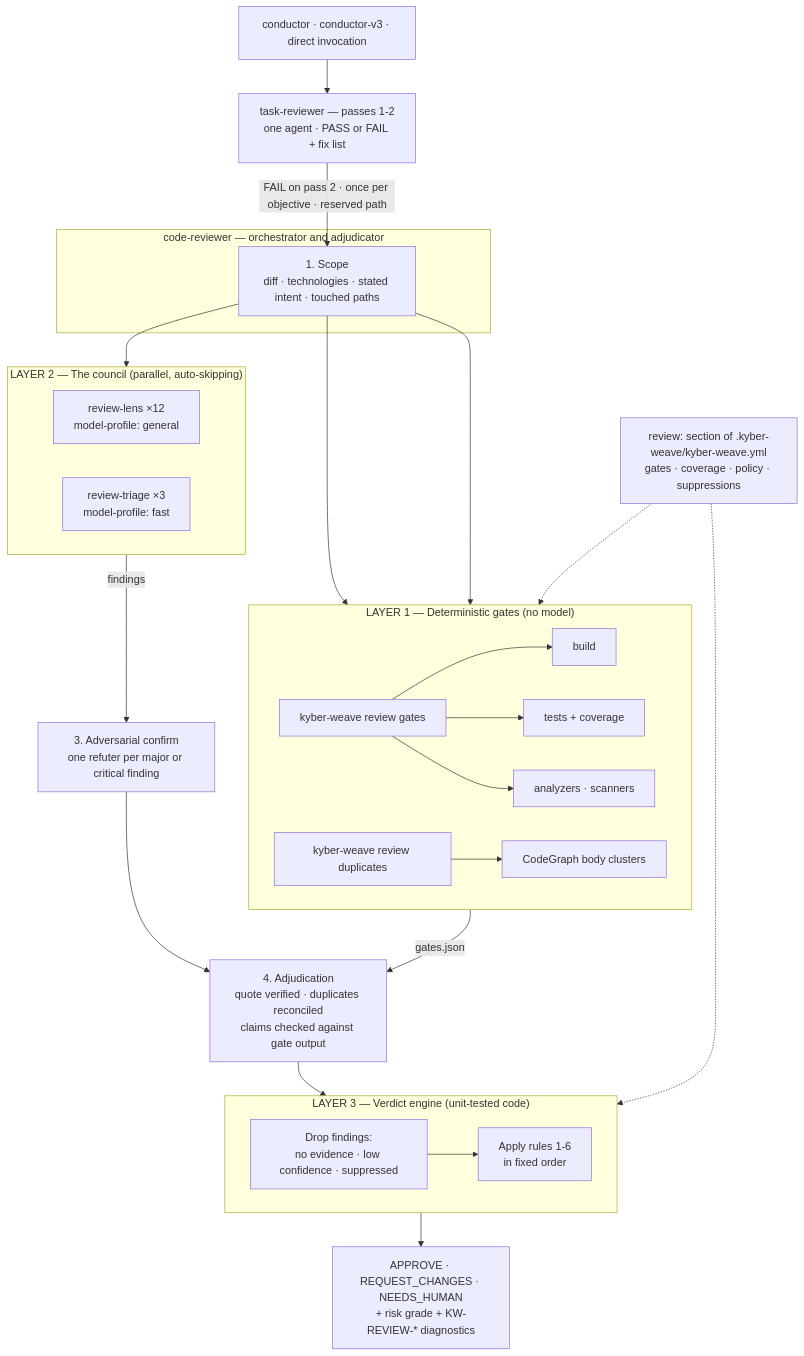
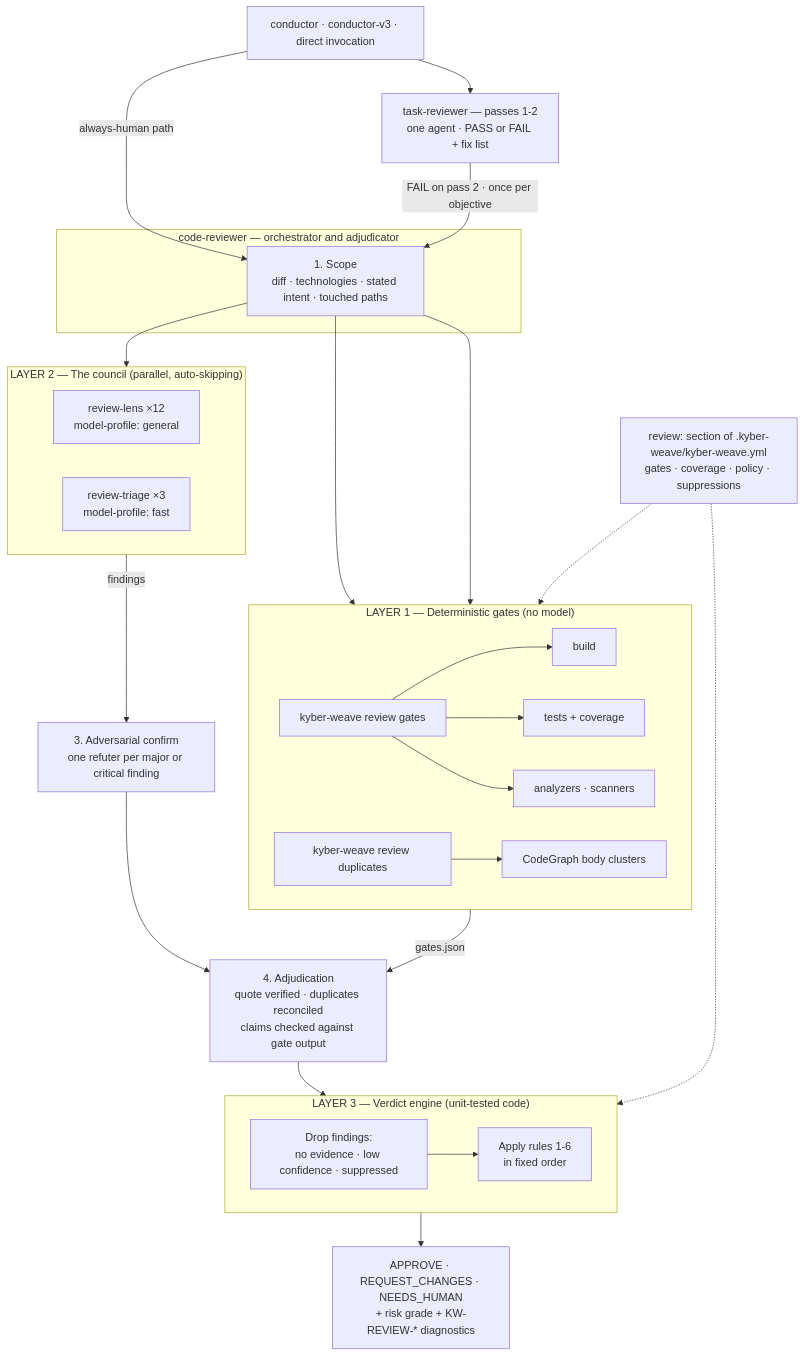
The first of 4 diagrams in docs/code-review/architecture.md (dpalfery/kyber-weave), drawn with Mermaid before and after one commit. The commit also changed other lines of this file and 15 other files, not shown here.

````diff
--- a/docs/code-review/architecture.md
+++ b/docs/code-review/architecture.md
@@ -40,43 +40,44 @@
 ```mermaid
 flowchart TD
     Cfg["review: section of .kyber-weave/kyber-weave.yml<br/>gates · coverage · policy · suppressions"]
     Caller["conductor · conductor-v3 · direct invocation"] --> Ladder
+    Caller -->|"always-human path"| Scope
     Ladder["task-reviewer — passes 1-2<br/>one agent · PASS or FAIL + fix list"]
-    Ladder -->|"FAIL on pass 2 · once per objective · reserved path"| Scope
+    Ladder -->|"FAIL on pass 2 · once per objective"| Scope
 
     subgraph CR["code-reviewer — orchestrator and adjudicator"]
         Scope["1. Scope<br/>diff · technologies · stated intent · touched paths"]
     end
 
     Scope --> GR
     Scope --> DG
     Scope --> Council
 
     subgraph Gates["LAYER 1 — Deterministic gates (no model)"]
         direction LR
         GR["kyber-weave review gates"] --> G1["build"] & G2["tests + coverage"] & G3["analyzers · scanners"]
         DG["kyber-weave review duplicates"] --> G4["CodeGraph body clusters"]
     end
 
     subgraph Council["LAYER 2 — The council (parallel, auto-skipping)"]
         direction LR
         RL["review-lens ×12<br/>model-profile: general"]
         RT["review-triage ×3<br/>model-profile: fast"]
     end
 
     Council -->|"findings"| Confirm["3. Adversarial confirm<br/>one refuter per major or critical finding"]
     Confirm --> Adjudicate
     Gates -->|"gates.json"| Adjudicate
 
     Adjudicate["4. Adjudication<br/>quote verified · duplicates reconciled<br/>claims checked against gate output"] --> VE
 
     subgraph VE["LAYER 3 — Verdict engine (unit-tested code)"]
         direction LR
         Drop["Drop findings:<br/>no evidence · low confidence · suppressed"] --> Rules["Apply rules 1-6<br/>in fixed order"]
     end
 
     VE --> Out["APPROVE · REQUEST_CHANGES · NEEDS_HUMAN<br/>+ risk grade + KW-REVIEW-* diagnostics"]
 
     Cfg -.-> Gates
     Cfg -.-> VE
 ```
````
